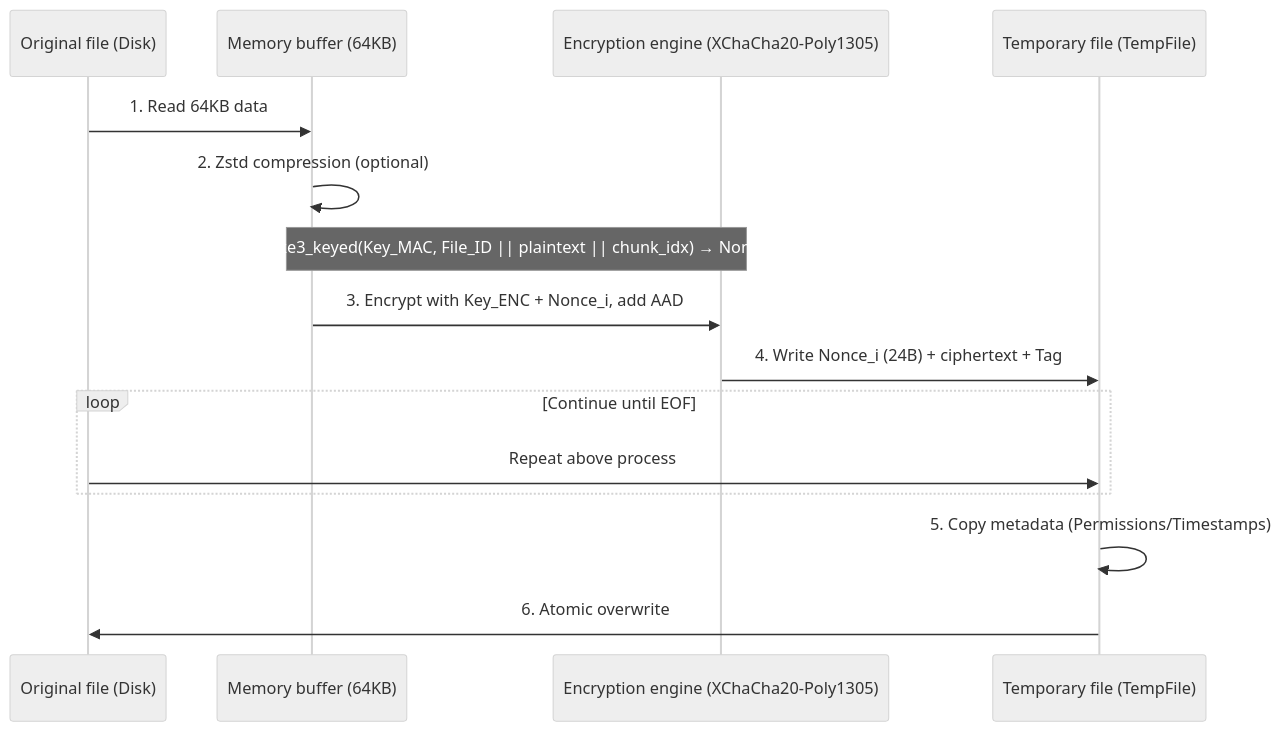
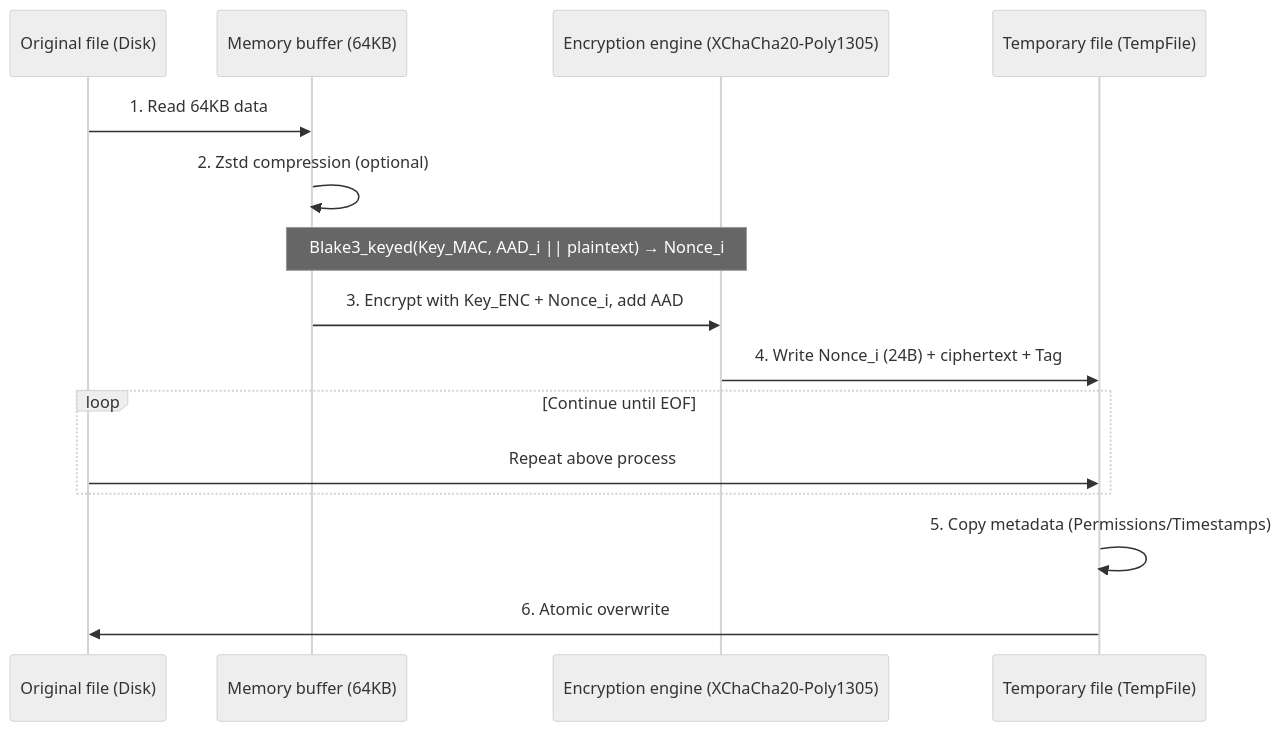
The diagram in README.md (orzogc/git-simple-encrypt), drawn with Mermaid (neutral theme) before and after one commit. The commit also changed other lines of this file and 20 other files, not shown here.

````diff
--- a/README.md
+++ b/README.md
@@ -185,18 +187,18 @@
 ```mermaid
 sequenceDiagram
     participant F as Original file (Disk)
     participant M as Memory buffer (64KB)
     participant E as Encryption engine (XChaCha20-Poly1305)
     participant T as Temporary file (TempFile)
 
     F->>M: 1. Read 64KB data
     M->>M: 2. Zstd compression (optional)
-    Note over M,E: Blake3_keyed(Key_MAC, File_ID || plaintext || chunk_idx) → Nonce_i
+    Note over M,E: Blake3_keyed(Key_MAC, AAD_i || plaintext) → Nonce_i
     M->>E: 3. Encrypt with Key_ENC + Nonce_i, add AAD
     E->>T: 4. Write Nonce_i (24B) + ciphertext + Tag
     loop Continue until EOF
         F->>T: Repeat above process
     end
     T->>T: 5. Copy metadata (Permissions/Timestamps)
     T->>F: 6. Atomic overwrite
 ```
````
